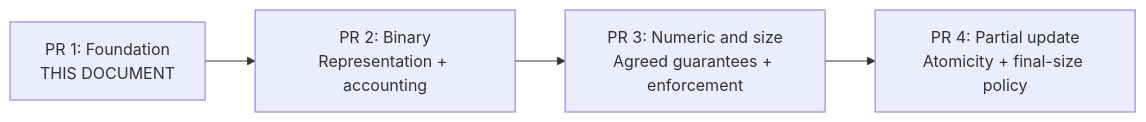
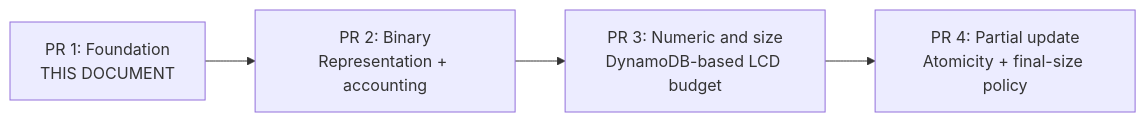
Before and after one commit to allenkim0129/multiclouddb-sdk-for-java: diagram 11 of 11 in docs/design/serialization-pr1-foundation.md, drawn with Mermaid. The commit also changed other lines of this file, not shown here.

First line of the commit message:
docs: clarify DynamoDB LCD size direction

````diff
--- a/docs/design/serialization-pr1-foundation.md
+++ b/docs/design/serialization-pr1-foundation.md
@@ -185,6 +189,6 @@
 ```mermaid
 flowchart LR
     A["PR 1: Foundation<br/>THIS DOCUMENT"] --> B["PR 2: Binary<br/>Representation + accounting"]
-    B --> C["PR 3: Numeric and size<br/>Agreed guarantees + enforcement"]
+    B --> C["PR 3: Numeric and size<br/>DynamoDB-based LCD budget"]
     C --> D["PR 4: Partial update<br/>Atomicity + final-size policy"]
 ```
````
